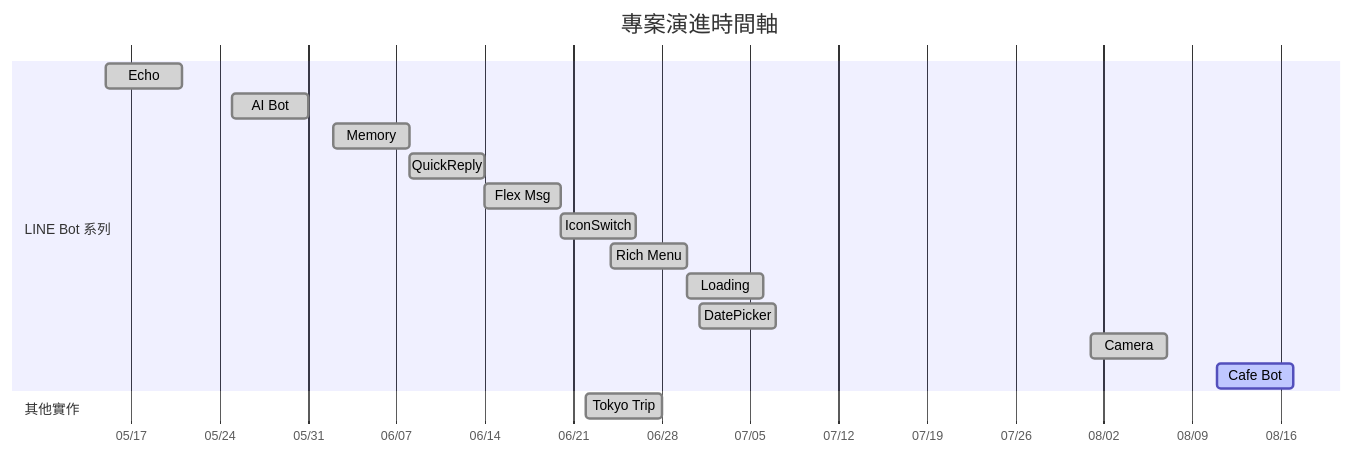
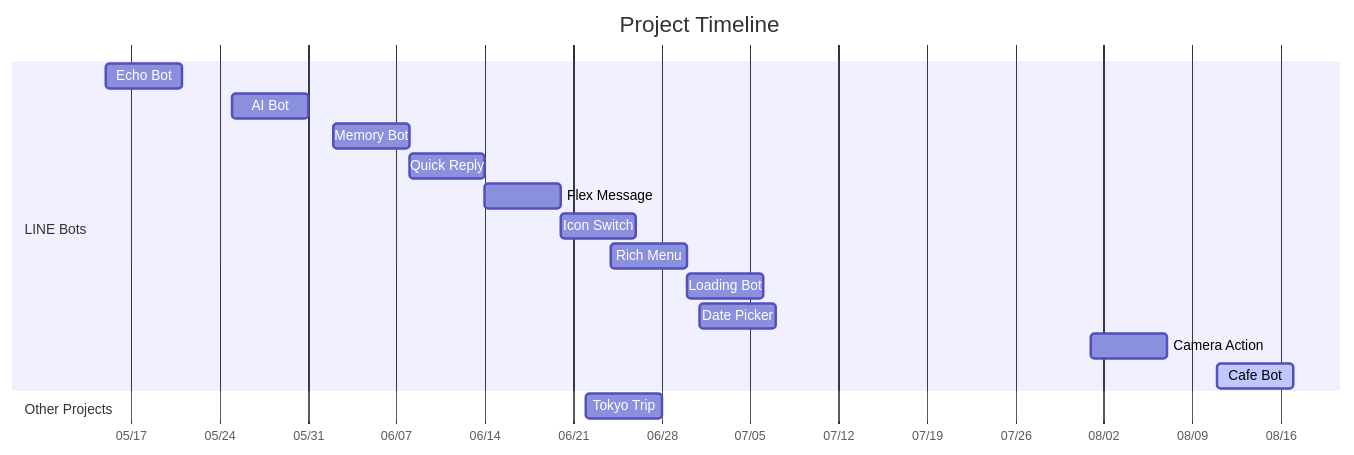
One commit to zonawang/zona-ai-learning-lab changed the diagram in README.md. Above: the diagram before and after it, drawn with Mermaid.

Commit message:
Fix Mermaid timeline rendering

````diff
--- a/README.md
+++ b/README.md
@@ -11,22 +11,22 @@
 ```mermaid
 gantt
-    title 專案演進時間軸
+    title Project Timeline
     dateFormat YYYY-MM-DD
     axisFormat %m/%d
 
-    section LINE Bot 系列
-    Echo        :done,   p1, 2026-05-15, 6d
-    AI Bot      :done,   p2, 2026-05-25, 6d
-    Memory      :done,   p3, 2026-06-02, 6d
-    QuickReply  :done,   p4, 2026-06-08, 6d
-    Flex Msg    :done,   p5, 2026-06-14, 6d
-    IconSwitch  :done,   p6, 2026-06-20, 6d
-    Rich Menu   :done,   p8, 2026-06-24, 6d
-    Loading     :done,   p9, 2026-06-30, 6d
-    DatePicker  :done,   p10, 2026-07-01, 6d
-    Camera      :done,   p11, 2026-08-01, 6d
-    Cafe Bot    :active, p12, 2026-08-11, 6d
+    section LINE Bots
+    Echo Bot      :p1, 2026-05-15, 6d
+    AI Bot        :p2, 2026-05-25, 6d
+    Memory Bot    :p3, 2026-06-02, 6d
+    Quick Reply   :p4, 2026-06-08, 6d
+    Flex Message  :p5, 2026-06-14, 6d
+    Icon Switch   :p6, 2026-06-20, 6d
+    Rich Menu     :p8, 2026-06-24, 6d
+    Loading Bot   :p9, 2026-06-30, 6d
+    Date Picker   :p10, 2026-07-01, 6d
+    Camera Action :p11, 2026-08-01, 6d
+    Cafe Bot      :active, p12, 2026-08-11, 6d
 
-    section 其他實作
-    Tokyo Trip  :done,   p7, 2026-06-22, 6d
+    section Other Projects
+    Tokyo Trip    :p7, 2026-06-22, 6d
 ```
````
